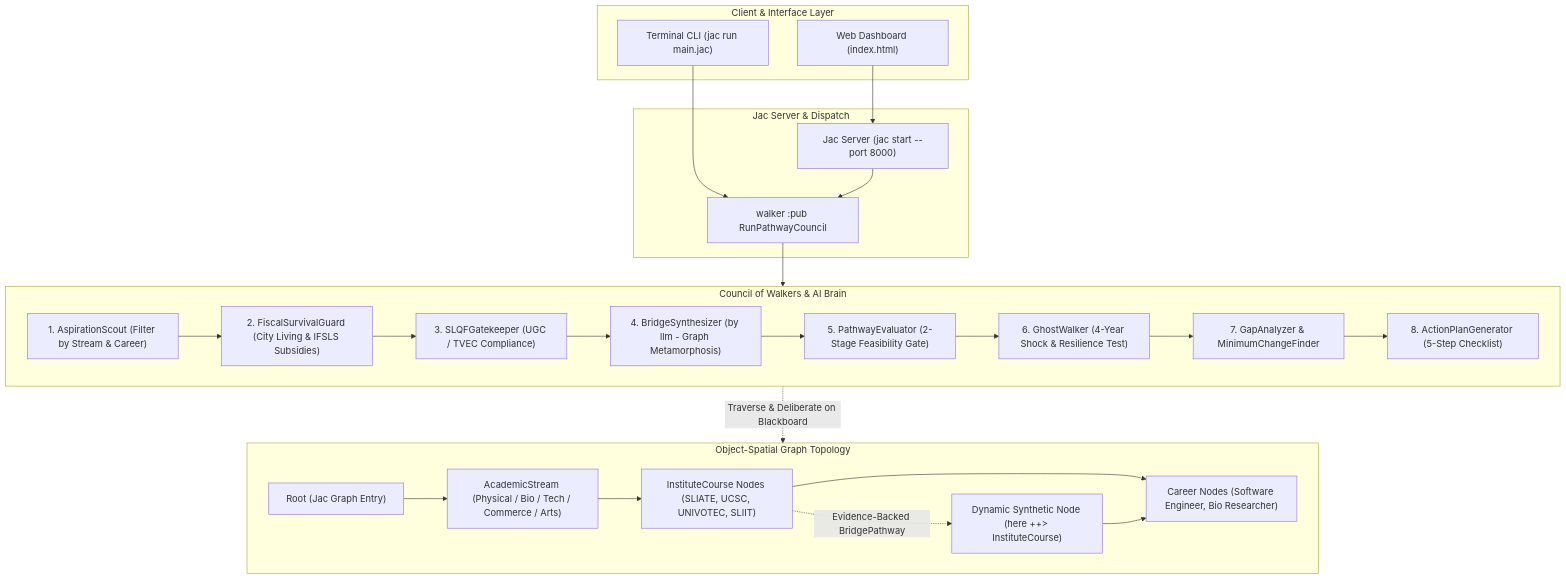
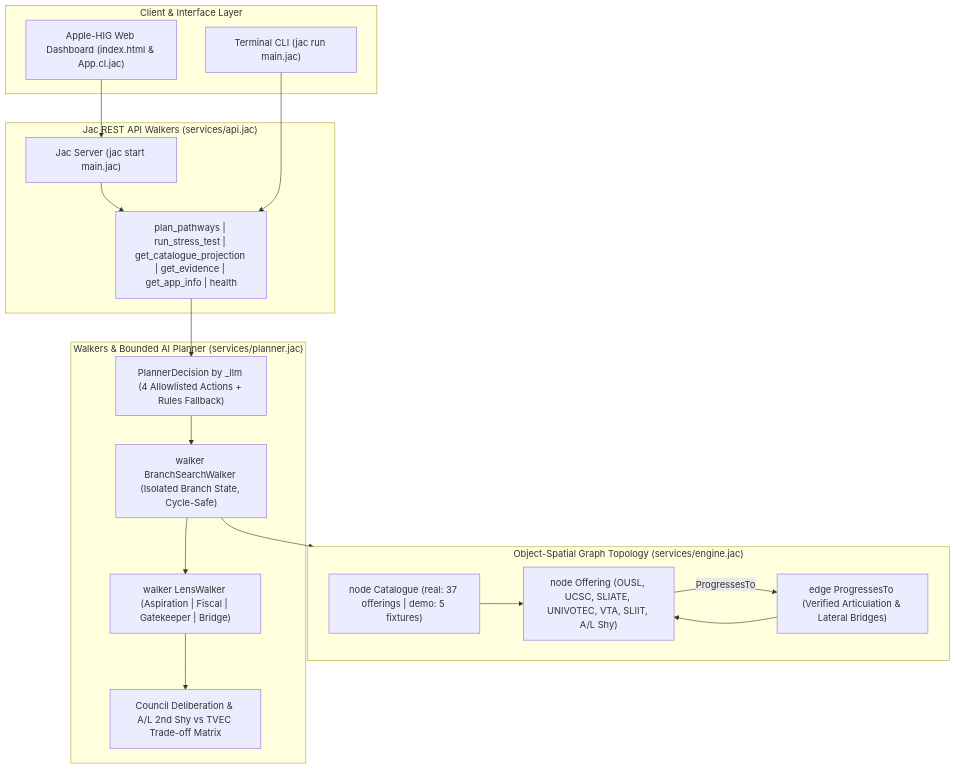
The diagram in README.md (madukamalruk/AI-Hackathon-2026-V1), drawn with Mermaid before and after one commit. The commit also changed other lines of this file and 1 other file, not shown here.

Commit message:
fix: resolve static type check in engine.jac (5/5 passed) and align README architecture

````diff
--- a/README.md
+++ b/README.md
@@ -44,45 +40,35 @@
 ```mermaid
 flowchart TD
     subgraph Client_Layer ["Client & Interface Layer"]
-        UI["Web Dashboard (index.html)"]
+        UI["Apple-HIG Web Dashboard (index.html & App.cl.jac)"]
         CLI["Terminal CLI (jac run main.jac)"]
     end
 
-    subgraph Dispatch_Layer ["Jac Server & Dispatch"]
-        Server["Jac Server (jac start --port 8000)"]
-        Council["walker :pub RunPathwayCouncil"]
+    subgraph Dispatch_Layer ["Jac REST API Walkers (services/api.jac)"]
+        Server["Jac Server (jac start main.jac)"]
+        API["plan_pathways | run_stress_test | get_catalogue_projection | get_evidence | get_app_info | health"]
     end
 
-    subgraph Spatial_Graph ["Object-Spatial Graph Topology"]
-        RootNode["Root (Jac Graph Entry)"]
-        StreamNode["AcademicStream (Physical / Bio / Tech / Commerce / Arts)"]
-        CourseNodes["InstituteCourse Nodes (SLIATE, UCSC, UNIVOTEC, SLIIT)"]
-        SynthNode["Dynamic Synthetic Node (here ++> InstituteCourse)"]
-        CareerNodes["Career Nodes (Software Engineer, Bio Researcher)"]
+    subgraph Spatial_Graph ["Object-Spatial Graph Topology (services/engine.jac)"]
+        CatNode["node Catalogue (real: 37 offerings | demo: 5 fixtures)"]
+        OffNodes["node Offering (OUSL, UCSC, SLIATE, UNIVOTEC, VTA, SLIIT, A/L Shy)"]
+        Edges["edge ProgressesTo (Verified Articulation & Lateral Bridges)"]
         
-        RootNode --> StreamNode
-        StreamNode --> CourseNodes
-        CourseNodes -.->|"Evidence-Backed BridgePathway"| SynthNode
-        CourseNodes --> CareerNodes
-        SynthNode --> CareerNodes
+        CatNode --> OffNodes
+        OffNodes -->|"ProgressesTo"| Edges --> OffNodes
     end
 
-    subgraph Council_Of_Walkers ["Council of Walkers & AI Brain"]
-        W1["1. AspirationScout (Filter by Stream & Career)"]
-        W2["2. FiscalSurvivalGuard (City Living & IFSLS Subsidies)"]
-        W3["3. SLQFGatekeeper (UGC / TVEC Compliance)"]
-        W4["4. BridgeSynthesizer (by llm - Graph Metamorphosis)"]
-        W5["5. PathwayEvaluator (2-Stage Feasibility Gate)"]
-        W6["6. GhostWalker (4-Year Shock & Resilience Test)"]
-        W7["7. GapAnalyzer & MinimumChangeFinder"]
-        W8["8. ActionPlanGenerator (5-Step Checklist)"]
+    subgraph Council_And_Planner ["Walkers & Bounded AI Planner (services/planner.jac)"]
+        P1["PlannerDecision by _llm (4 Allowlisted Actions + Rules Fallback)"]
+        W1["walker BranchSearchWalker (Isolated Branch State, Cycle-Safe)"]
+        W2["walker LensWalker (Aspiration | Fiscal | Gatekeeper | Bridge)"]
+        C1["Council Deliberation & A/L 2nd Shy vs TVEC Trade-off Matrix"]
 
-        W1 --> W2 --> W3 --> W4 --> W5 --> W6 --> W7 --> W8
+        P1 --> W1 --> W2 --> C1
     end
 
-    UI --> Server
-    CLI --> Council
-    Server --> Council
-    Council --> Council_Of_Walkers
-    Council_Of_Walkers -.->|"Traverse & Deliberate on Blackboard"| Spatial_Graph
+    UI --> Server --> API
+    CLI --> API
+    API --> P1
+    W1 --> Spatial_Graph
 ```
````
